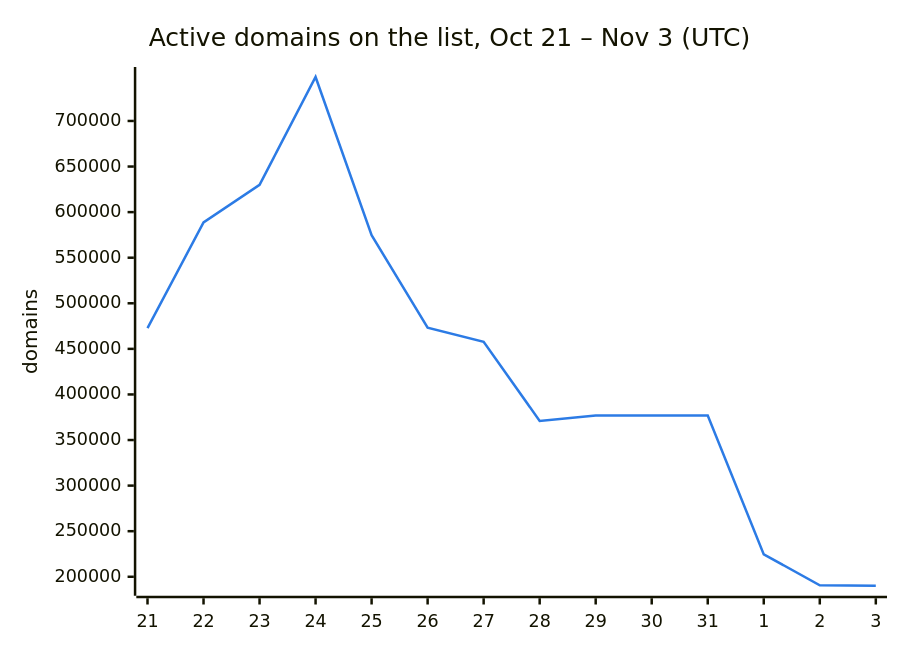
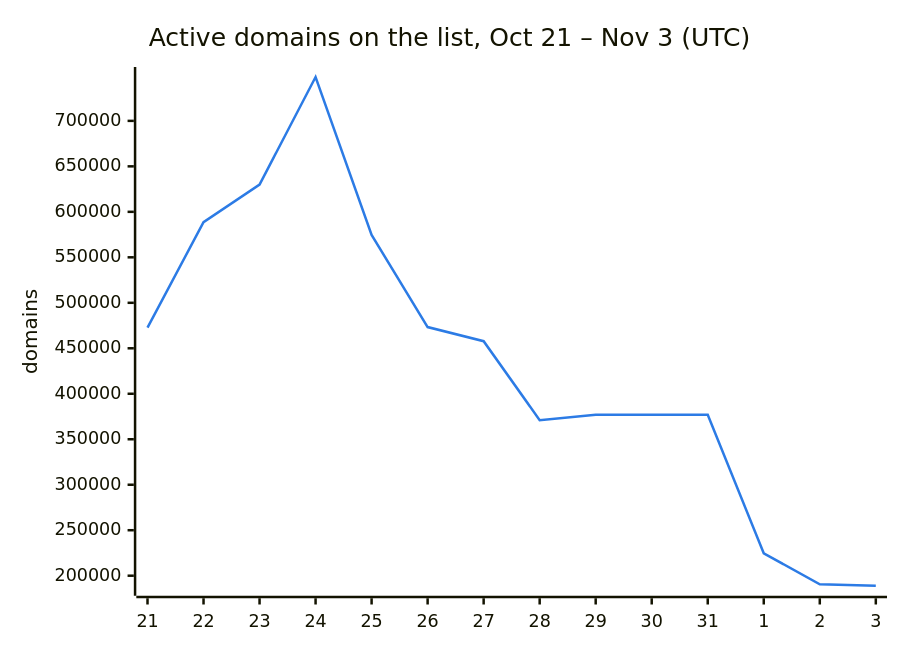
One commit to DNSBunker/CTI changed the second of 3 diagrams in README.md. Above: the diagram before and after it, drawn with Mermaid. The commit also changed other lines of this file and 3 other files, not shown here.

````diff
--- a/README.md
+++ b/README.md
@@ -38,8 +38,8 @@
 ```mermaid
 %%{init: {"themeVariables": {"xyChart": {"plotColorPalette": "#2c7be5"}}}}%%
 xychart-beta
     title "Active domains on the list, Oct 21 – Nov 3 (UTC)"
     x-axis ["21", "22", "23", "24", "25", "26", "27", "28", "29", "30", "31", "1", "2", "3"]
     y-axis "domains"
-    line [472713, 588659, 629951, 748222, 574614, 473331, 457795, 371010, 376945, 376945, 376945, 224607, 190603, 190156]
+    line [472713, 588659, 629951, 748222, 574614, 473331, 457795, 371010, 376945, 376945, 376945, 224607, 190603, 188954]
 ```
````
